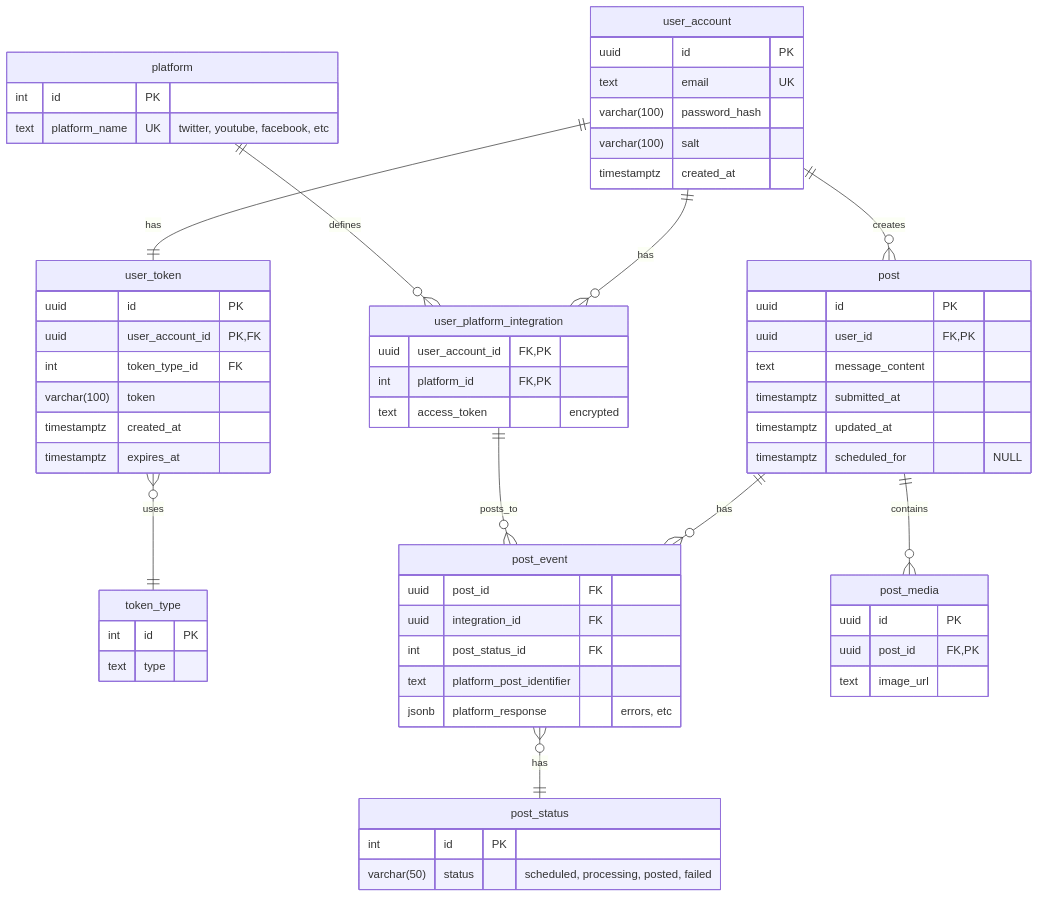
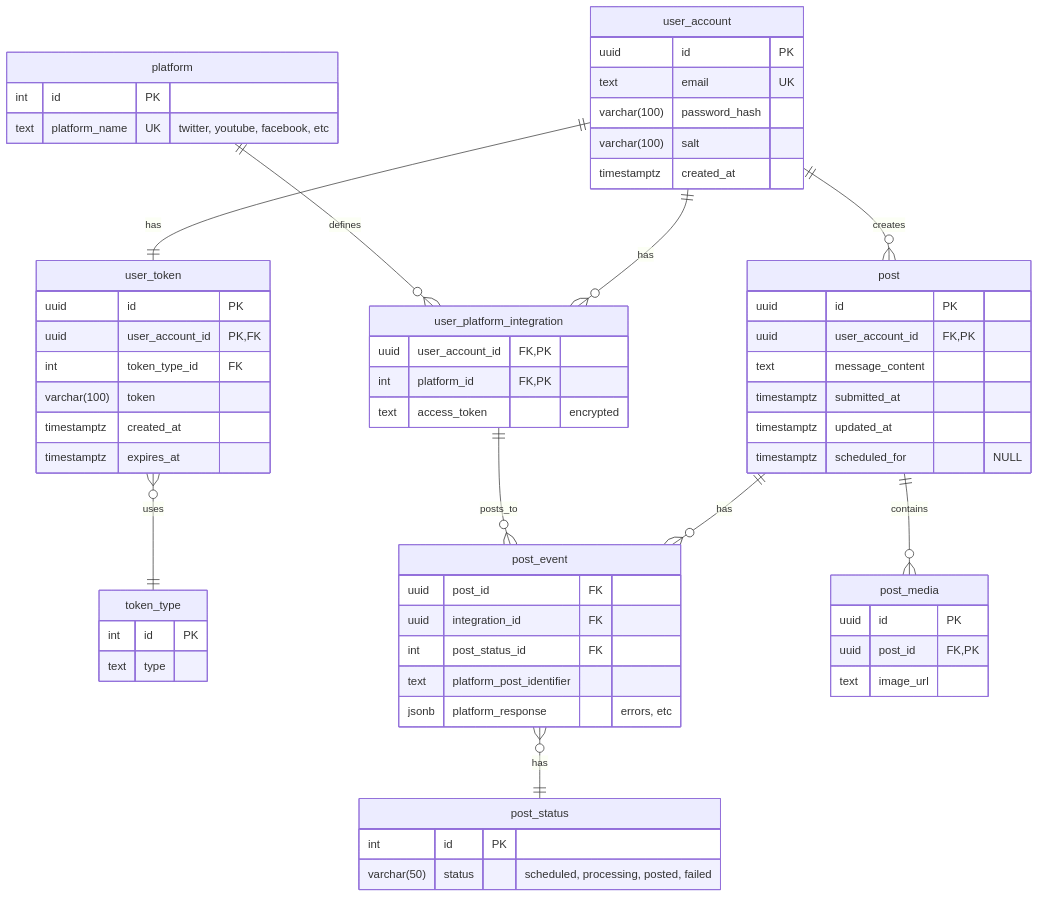
Before and after one commit to JKMN-Projects/ripple_sync_backend: the diagram in documentation/diagrams/er_diagram.md, drawn with Mermaid.

````diff
--- a/documentation/diagrams/er_diagram.md
+++ b/documentation/diagrams/er_diagram.md
@@ -3,74 +3,74 @@
 ``` mermaid
 
     erDiagram
     user_account ||--o{ user_platform_integration : "has"
     user_account ||--o{ post : "creates"
     user_account ||--|| user_token : "has"
     user_token }o--|| token_type : "uses"
     post ||--o{ post_event : "has"
     post_event }o--|| post_status : "has"
     post ||--o{ post_media : "contains"
     platform ||--o{ user_platform_integration : "defines"
     user_platform_integration ||--o{ post_event : "posts_to"
 
     user_account {
         uuid id PK
         text email UK
         varchar(100) password_hash
         varchar(100) salt
         timestamptz created_at 
     }
 
     user_token {
         uuid id PK
         uuid user_account_id PK, FK
         int token_type_id FK
         varchar(100) token
         timestamptz created_at
         timestamptz expires_at
     }
 
     token_type {
         int id PK
         text type
     }
 
     platform {
         int id PK
         text platform_name UK "twitter, youtube, facebook, etc"
     }
 
     user_platform_integration {
         uuid user_account_id FK, PK
         int platform_id FK, PK
         text access_token "encrypted"
     }
 
     post {
         uuid id PK
-        uuid user_id FK, PK
+        uuid user_account_id FK, PK
         text message_content
         timestamptz submitted_at
         timestamptz updated_at
         timestamptz scheduled_for "NULL"
     }
 
     post_media {
         uuid id PK
         uuid post_id FK, PK
         text image_url 
     }
 
     post_event {
         uuid post_id FK
         uuid integration_id FK
         int post_status_id FK
         text platform_post_identifier 
         jsonb platform_response "errors, etc"
     }
 
     post_status {
         int id PK
         varchar(50) status "scheduled, processing, posted, failed"
     }
 ```
````
